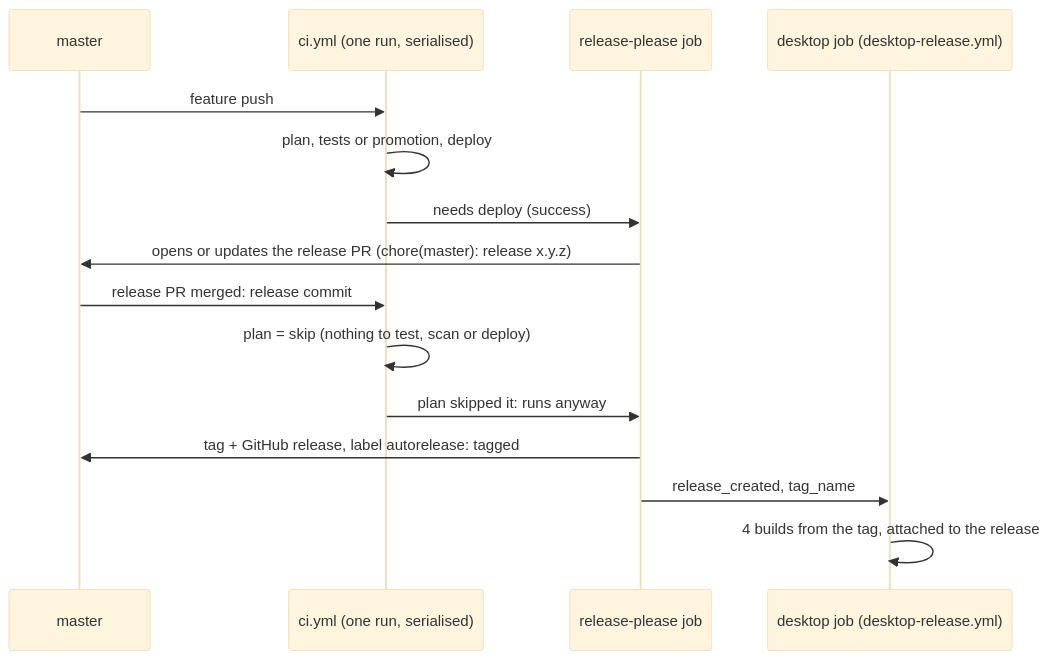
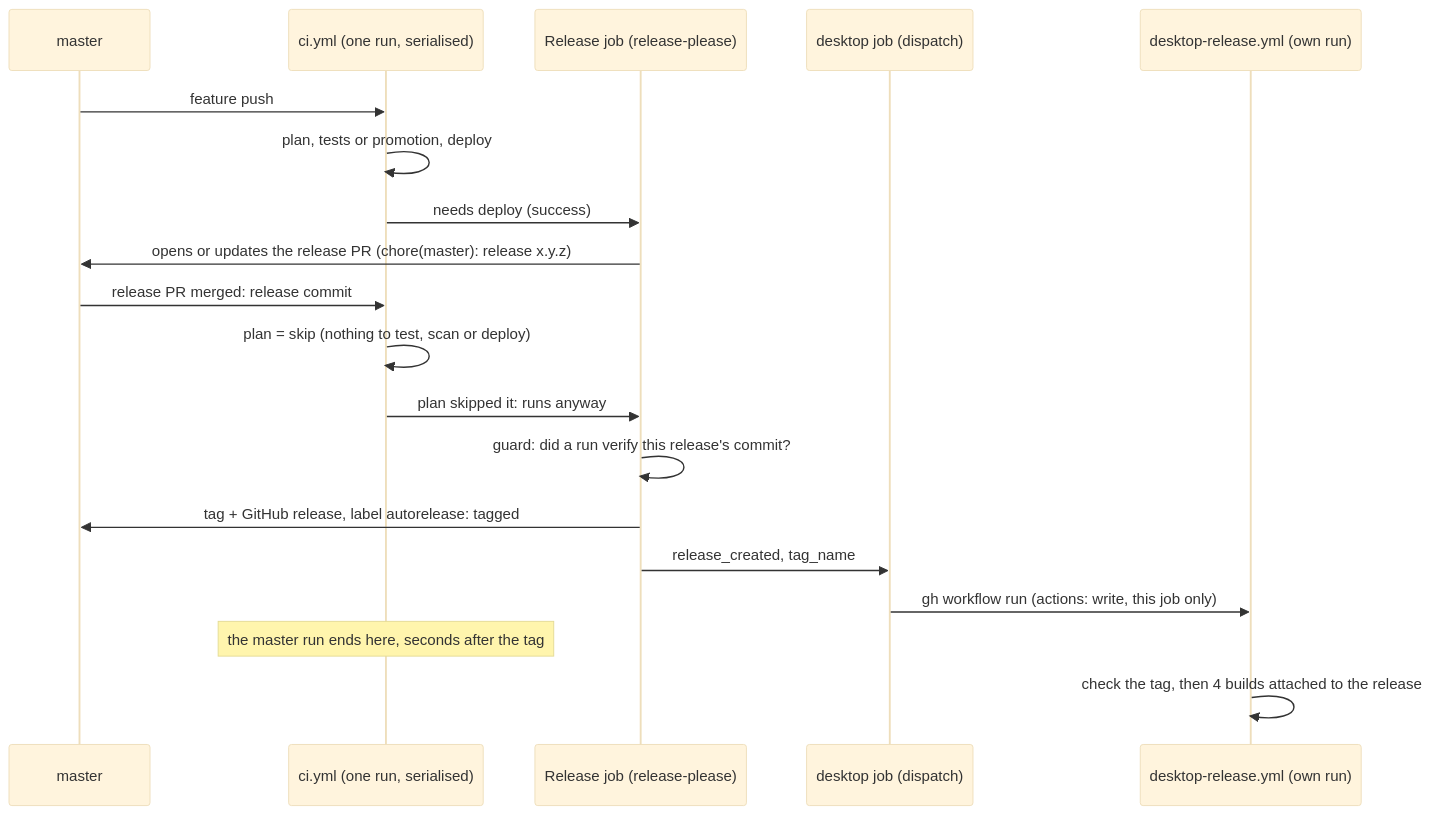
The third of 3 diagrams in docs/ci.md (kqesar/alltp-tracker), drawn with Mermaid (base theme) before and after one commit. The commit also changed other lines of this file and 3 other files, not shown here.

First line of the commit message:
ci: document the release guard, the dispatch and the known windows

````diff
--- a/docs/ci.md
+++ b/docs/ci.md
@@ -161,17 +162,21 @@
 ```mermaid
 sequenceDiagram
   participant M as master
   participant CI as ci.yml (one run, serialised)
-  participant RP as release-please job
-  participant D as desktop job (desktop-release.yml)
+  participant RP as Release job (release-please)
+  participant DJ as desktop job (dispatch)
+  participant DR as desktop-release.yml (own run)
   M->>CI: feature push
   CI->>CI: plan, tests or promotion, deploy
   CI->>RP: needs deploy (success)
   RP->>M: opens or updates the release PR (chore(master): release x.y.z)
   M->>CI: release PR merged: release commit
   CI->>CI: plan = skip (nothing to test, scan or deploy)
   CI->>RP: plan skipped it: runs anyway
+  RP->>RP: guard: did a run verify this release's commit?
   RP->>M: tag + GitHub release, label autorelease: tagged
-  RP->>D: release_created, tag_name
-  D->>D: 4 builds from the tag, attached to the release
+  RP->>DJ: release_created, tag_name
+  DJ->>DR: gh workflow run (actions: write, this job only)
+  Note over CI: the master run ends here, seconds after the tag
+  DR->>DR: check the tag, then 4 builds attached to the release
 ```
````
